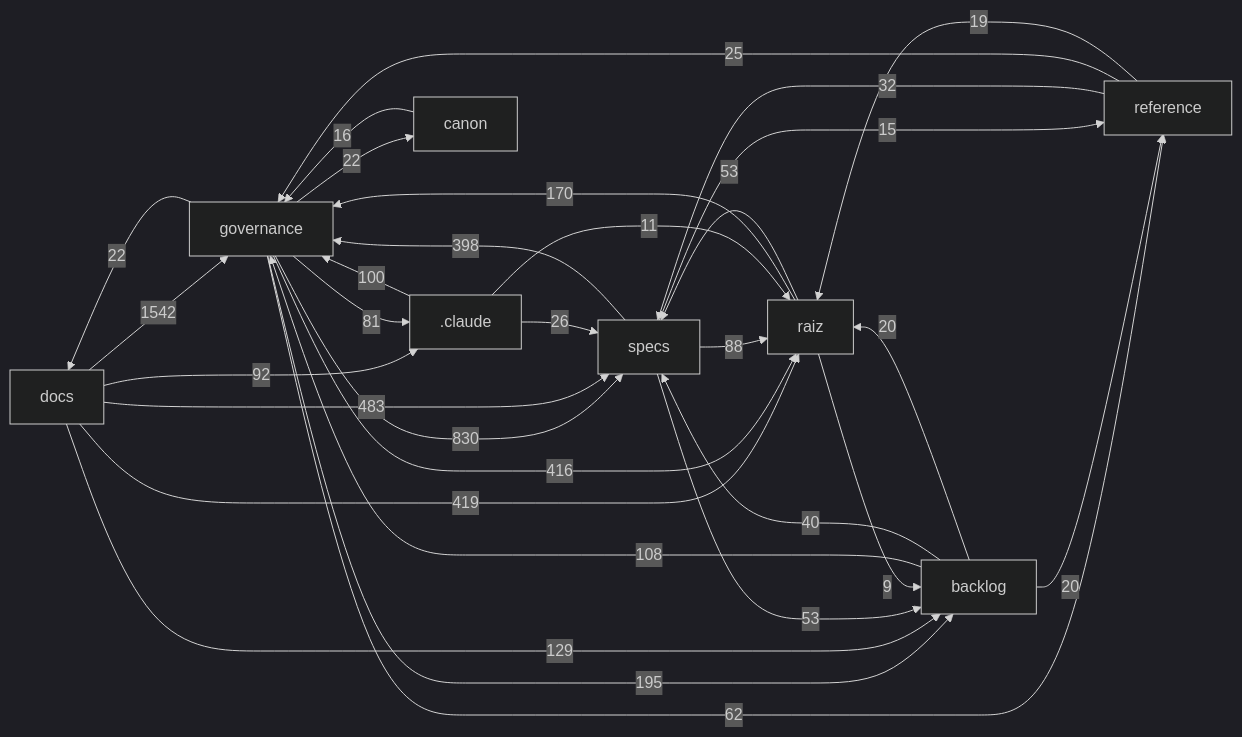
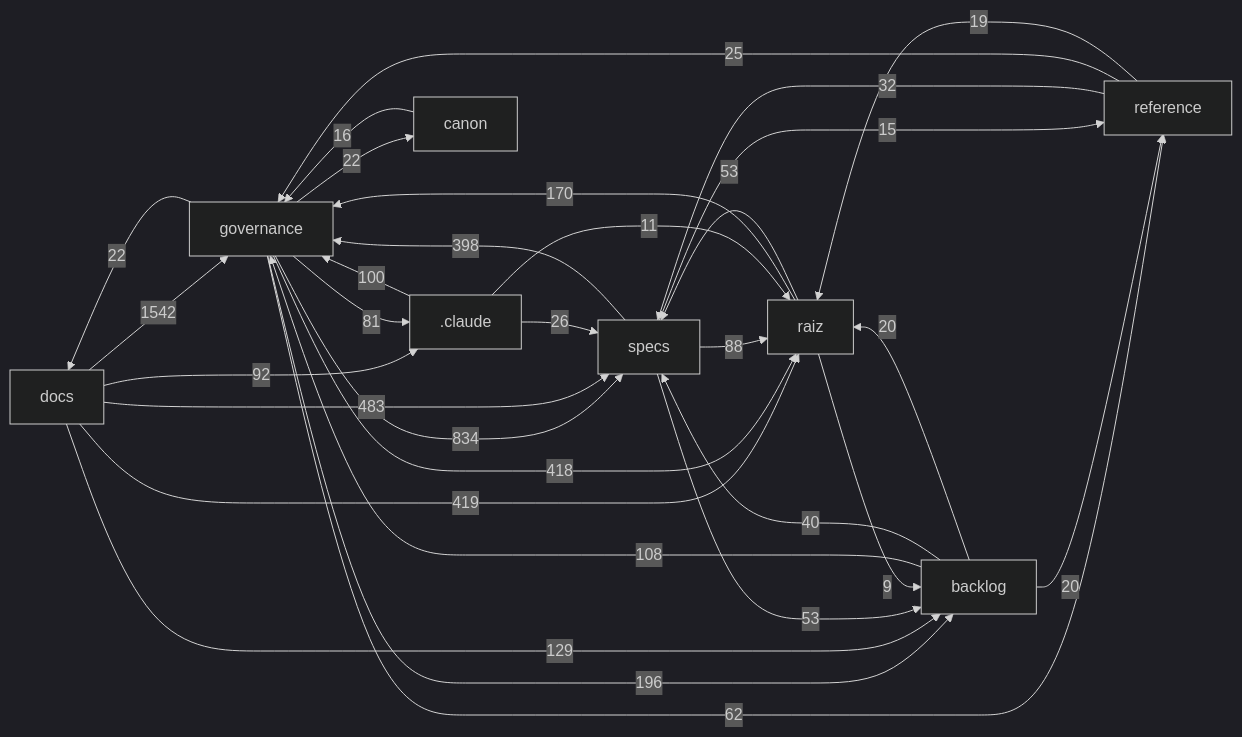
The diagram in docs/mapa/MAPA-PROJETO.md (Andraus35/Sistema-Operacional-de-Trading--SOT), drawn with Mermaid (dark theme) before and after one commit. The commit also changed other lines of this file and 6 other files, not shown here.

````diff
--- a/docs/mapa/MAPA-PROJETO.md
+++ b/docs/mapa/MAPA-PROJETO.md
@@ -29,33 +29,33 @@
 ```mermaid
 flowchart LR
   docs["docs"] -->|1542| governance["governance"]
-  governance["governance"] -->|830| specs["specs"]
+  governance["governance"] -->|834| specs["specs"]
   docs["docs"] -->|483| specs["specs"]
   docs["docs"] -->|419| raiz["raiz"]
-  governance["governance"] -->|416| raiz["raiz"]
+  governance["governance"] -->|418| raiz["raiz"]
   specs["specs"] -->|398| governance["governance"]
-  governance["governance"] -->|195| backlog["backlog"]
+  governance["governance"] -->|196| backlog["backlog"]
   raiz["raiz"] -->|170| governance["governance"]
   docs["docs"] -->|129| backlog["backlog"]
   backlog["backlog"] -->|108| governance["governance"]
   _claude[".claude"] -->|100| governance["governance"]
   docs["docs"] -->|92| _claude[".claude"]
   specs["specs"] -->|88| raiz["raiz"]
   governance["governance"] -->|81| _claude[".claude"]
   governance["governance"] -->|62| reference["reference"]
   raiz["raiz"] -->|53| specs["specs"]
   specs["specs"] -->|53| backlog["backlog"]
   backlog["backlog"] -->|40| specs["specs"]
   reference["reference"] -->|32| specs["specs"]
   _claude[".claude"] -->|26| specs["specs"]
   reference["reference"] -->|25| governance["governance"]
   governance["governance"] -->|22| docs["docs"]
   governance["governance"] -->|22| canon["canon"]
   backlog["backlog"] -->|20| raiz["raiz"]
   backlog["backlog"] -->|20| reference["reference"]
   reference["reference"] -->|19| raiz["raiz"]
   canon["canon"] -->|16| governance["governance"]
   specs["specs"] -->|15| reference["reference"]
   _claude[".claude"] -->|11| raiz["raiz"]
   raiz["raiz"] -->|9| backlog["backlog"]
 ```
````
